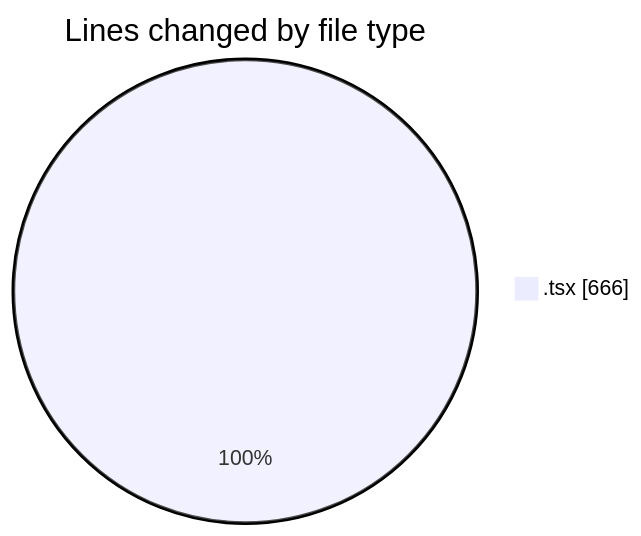
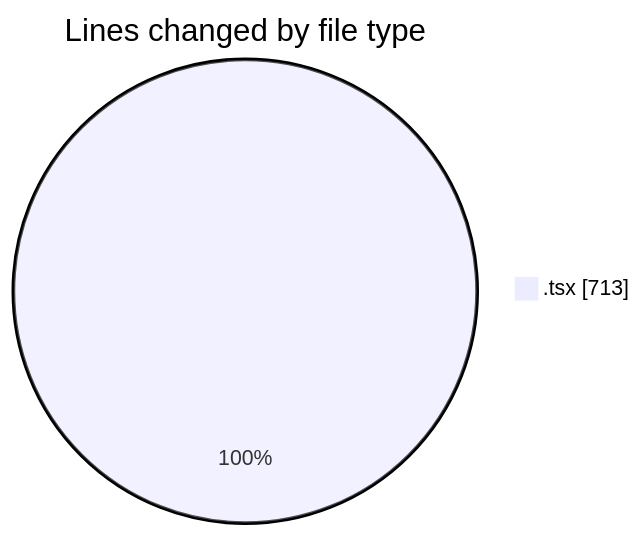
The first of 2 diagrams in 2025-05-08/niten/README.md (Elitesun/code-tracking), drawn with Mermaid before and after one commit. The commit also changed other lines of this file and 1 other file, not shown here.

````diff
--- a/2025-05-08/niten/README.md
+++ b/2025-05-08/niten/README.md
@@ -20,5 +20,5 @@
 ```mermaid
 pie showData
 title Lines changed by file type
-".tsx" : 666
+".tsx" : 713
 ```
````
